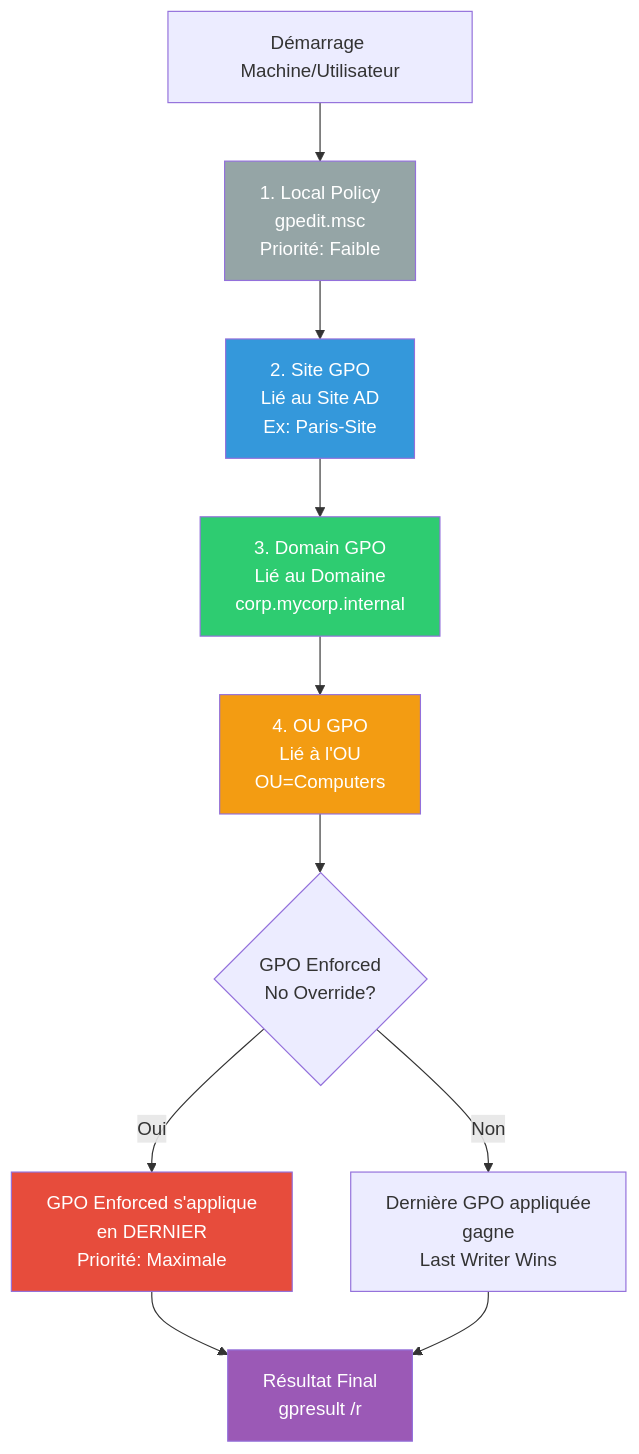
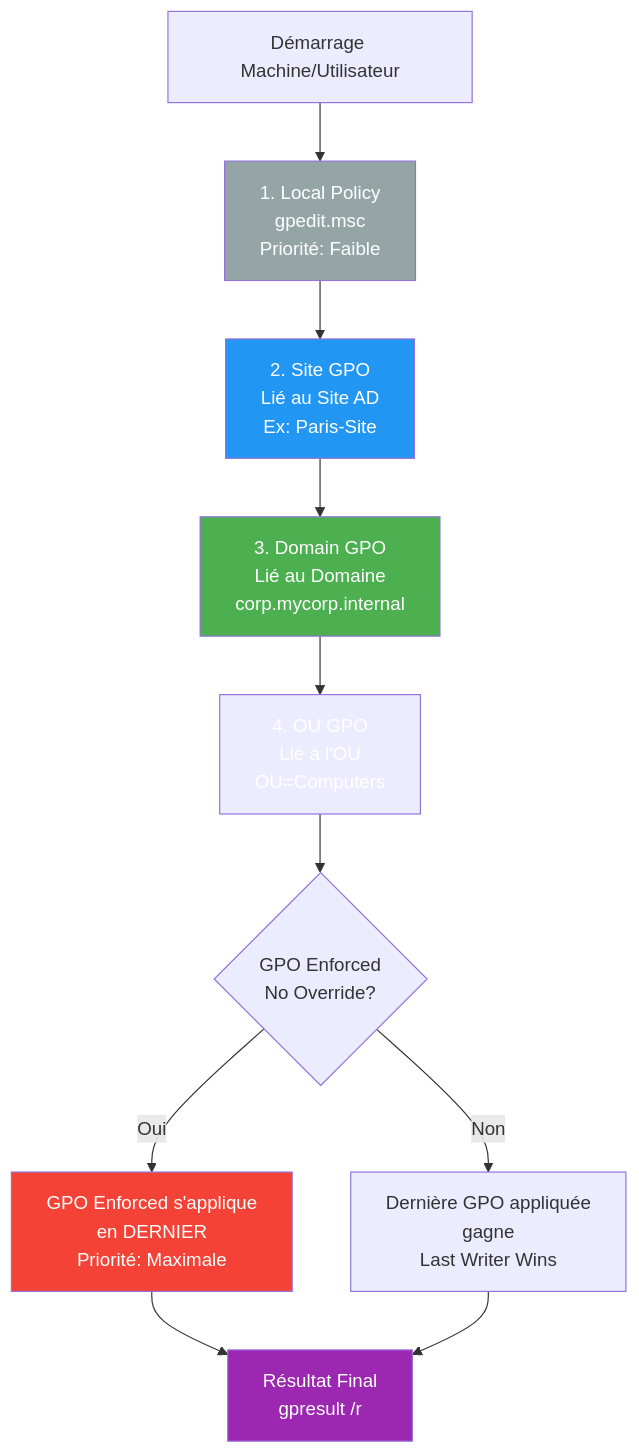
One commit to VBlackJack/ShellBook changed the third of 9 diagrams in docs/windows/windows-mindmaps.md. Above: the diagram before and after it, drawn with Mermaid. The commit also changed other lines of this file and 337 other files, not shown here.

First line of the commit message:
refactor(docs): Standardize code blocks and Mermaid colors

````diff
--- a/docs/windows/windows-mindmaps.md
+++ b/docs/windows/windows-mindmaps.md
@@ -92,21 +92,21 @@
 ```mermaid
 flowchart TD
     A[Démarrage Machine/Utilisateur] --> B[1. Local Policy<br/>gpedit.msc<br/>Priorité: Faible]
     B --> C[2. Site GPO<br/>Lié au Site AD<br/>Ex: Paris-Site]
     C --> D[3. Domain GPO<br/>Lié au Domaine<br/>corp.mycorp.internal]
     D --> E[4. OU GPO<br/>Lié à l'OU<br/>OU=Computers]
     E --> F{GPO Enforced<br/>No Override?}
 
     F -->|Oui| G[GPO Enforced s'applique<br/>en DERNIER<br/>Priorité: Maximale]
     F -->|Non| H[Dernière GPO appliquée<br/>gagne<br/>Last Writer Wins]
 
     G --> I[Résultat Final<br/>gpresult /r]
     H --> I
 
     style B fill:#95a5a6,color:#fff
-    style C fill:#3498db,color:#fff
-    style D fill:#2ecc71,color:#fff
-    style E fill:#f39c12,color:#fff
-    style G fill:#e74c3c,color:#fff
-    style I fill:#9b59b6,color:#fff
+    style C fill:#2196F3,color:#fff
+    style D fill:#4CAF50,color:#fff
+    style E fill:#FF9800800800,color:#fff
+    style G fill:#f44336,color:#fff
+    style I fill:#9C27B0,color:#fff
 ```
````
